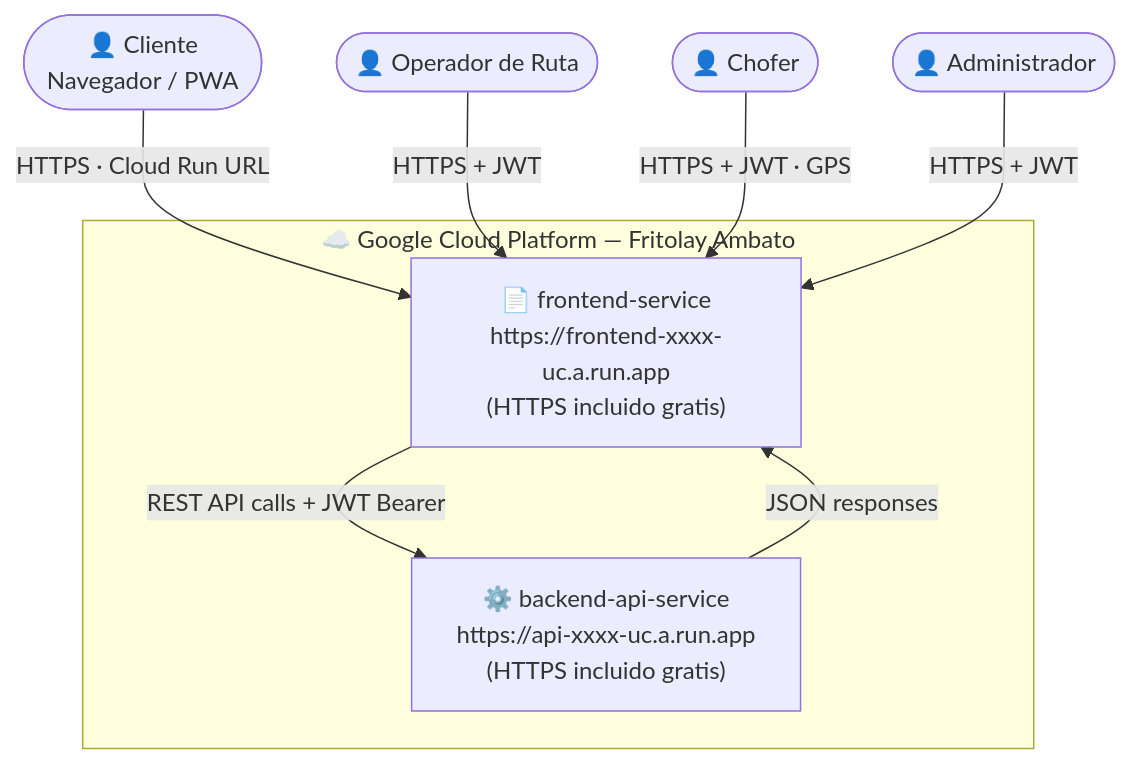
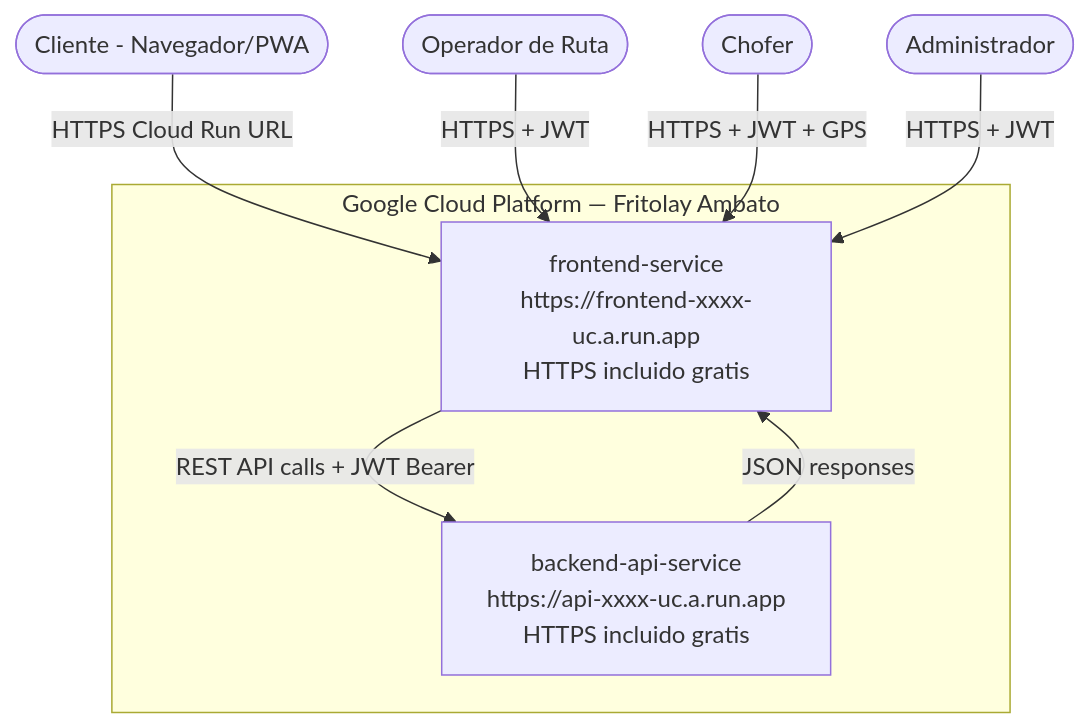
One commit to UNIPI6TO/PI-ECOMMERCE-FRITOLAY changed diagram 20 of 23 in docs/especificacion.md. Above: the diagram before and after it, drawn with Mermaid. The commit also changed other lines of this file, not shown here.

Commit message:
fix: corregir encoding UTF-8 del documento completo y agregar DFD GCP bajo costo (seccion 6.8)

````diff
--- a/docs/especificacion.md
+++ b/docs/especificacion.md
@@ -1924,19 +1929,19 @@
 ```mermaid
 flowchart TD
-    CLI(["👤 Cliente\nNavegador / PWA"])
-    OPE(["👤 Operador de Ruta"])
-    CHO(["👤 Chofer"])
-    ADM(["👤 Administrador"])
+    CLI(["Cliente - Navegador/PWA"])
+    OPE(["Operador de Ruta"])
+    CHO(["Chofer"])
+    ADM(["Administrador"])
 
-    subgraph GCP["☁️ Google Cloud Platform — Fritolay Ambato"]
-        FE["📄 frontend-service\nhttps://frontend-xxxx-uc.a.run.app\n(HTTPS incluido gratis)"]
-        BE["⚙️ backend-api-service\nhttps://api-xxxx-uc.a.run.app\n(HTTPS incluido gratis)"]
+    subgraph GCP["Google Cloud Platform — Fritolay Ambato"]
+        FE["frontend-service\nhttps://frontend-xxxx-uc.a.run.app\nHTTPS incluido gratis"]
+        BE["backend-api-service\nhttps://api-xxxx-uc.a.run.app\nHTTPS incluido gratis"]
     end
 
-    CLI -->|"HTTPS · Cloud Run URL"| FE
+    CLI -->|"HTTPS Cloud Run URL"| FE
     OPE -->|"HTTPS + JWT"| FE
-    CHO -->|"HTTPS + JWT · GPS"| FE
+    CHO -->|"HTTPS + JWT + GPS"| FE
     ADM -->|"HTTPS + JWT"| FE
     FE  -->|"REST API calls + JWT Bearer"| BE
     BE  -->|"JSON responses"| FE
 ```
````
